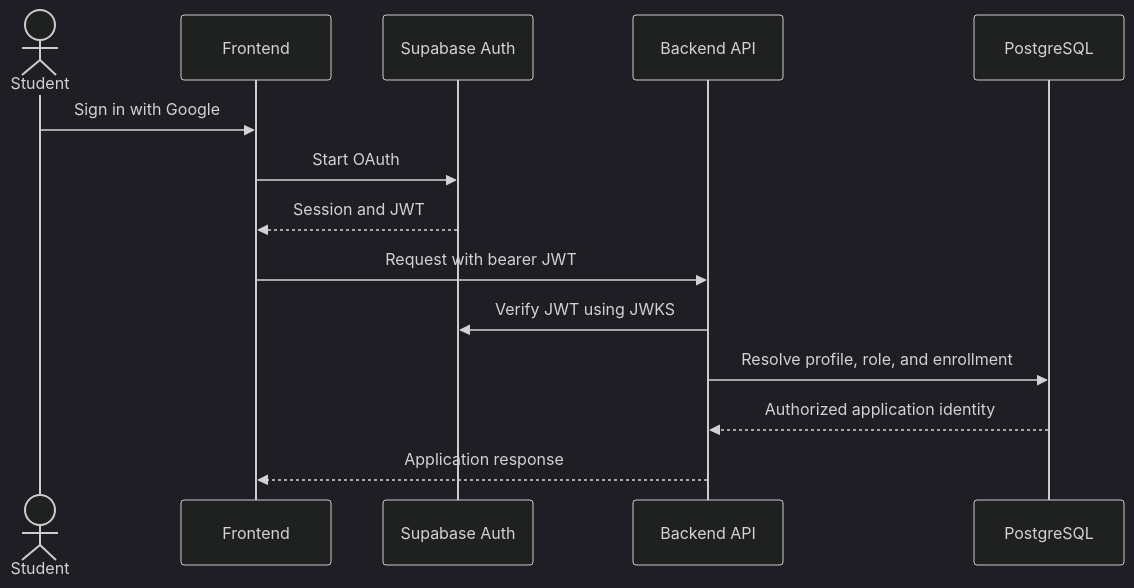
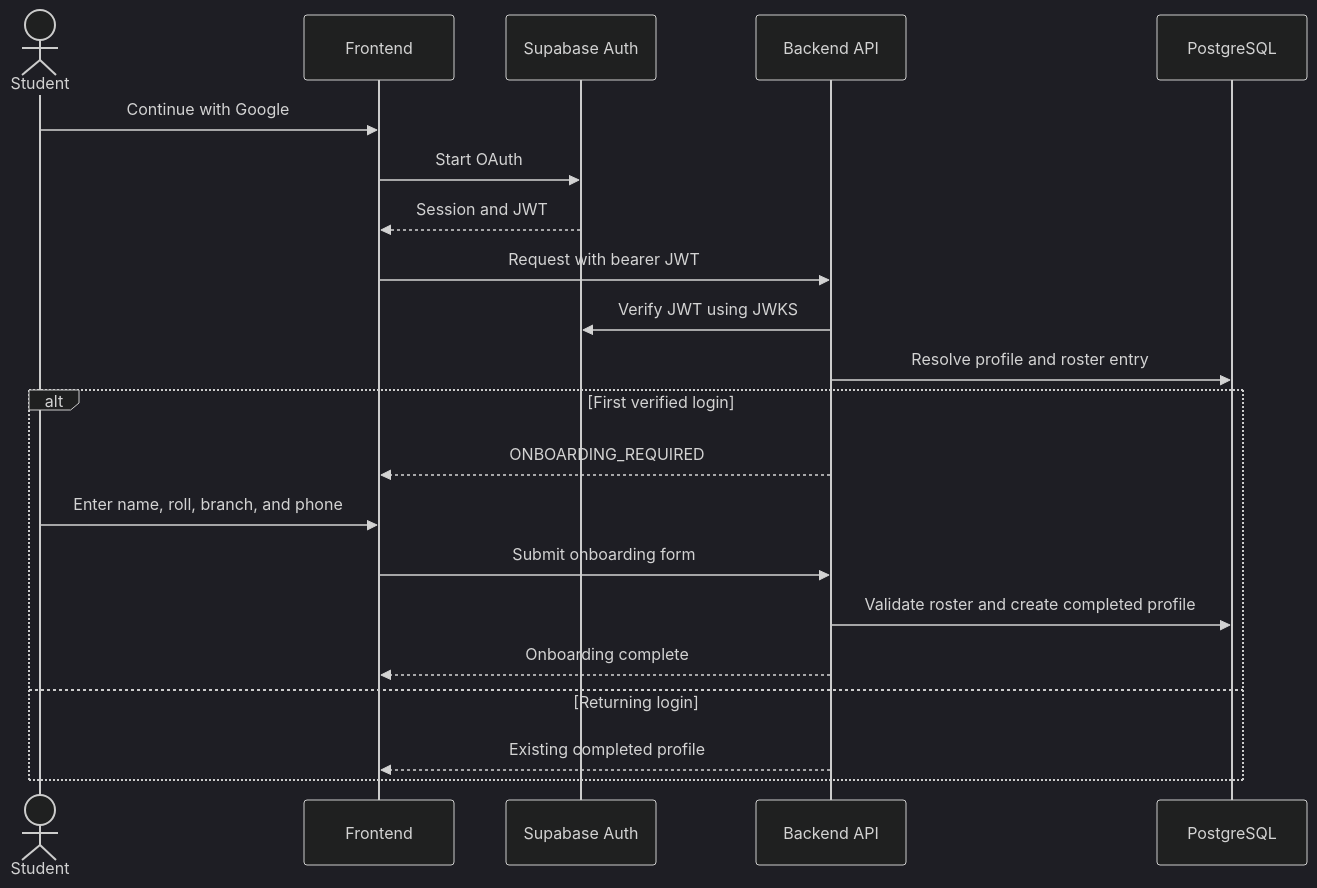
One commit to ayushs206/owasp-quiz-be changed the second of 3 diagrams in README.md. Above: the diagram before and after it, drawn with Mermaid (dark theme). The commit also changed other lines of this file and 4 other files, not shown here.

Commit message:
docs: define Google onboarding and quiz controls

````diff
--- a/README.md
+++ b/README.md
@@ -57,17 +57,24 @@
 ```mermaid
 sequenceDiagram
     actor Student
     participant Frontend
     participant Supabase as Supabase Auth
     participant API as Backend API
     participant DB as PostgreSQL
 
-    Student->>Frontend: Sign in with Google
+    Student->>Frontend: Continue with Google
     Frontend->>Supabase: Start OAuth
     Supabase-->>Frontend: Session and JWT
     Frontend->>API: Request with bearer JWT
     API->>Supabase: Verify JWT using JWKS
-    API->>DB: Resolve profile, role, and enrollment
-    DB-->>API: Authorized application identity
-    API-->>Frontend: Application response
+    API->>DB: Resolve profile and roster entry
+    alt First verified login
+        API-->>Frontend: ONBOARDING_REQUIRED
+        Student->>Frontend: Enter name, roll, branch, and phone
+        Frontend->>API: Submit onboarding form
+        API->>DB: Validate roster and create completed profile
+        API-->>Frontend: Onboarding complete
+    else Returning login
+        API-->>Frontend: Existing completed profile
+    end
 ```
````
